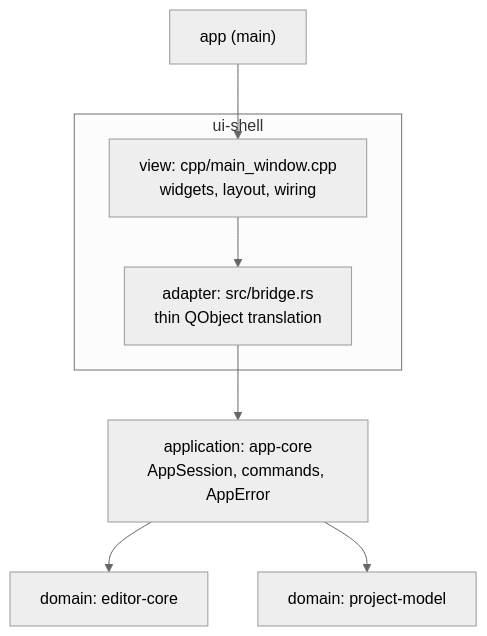
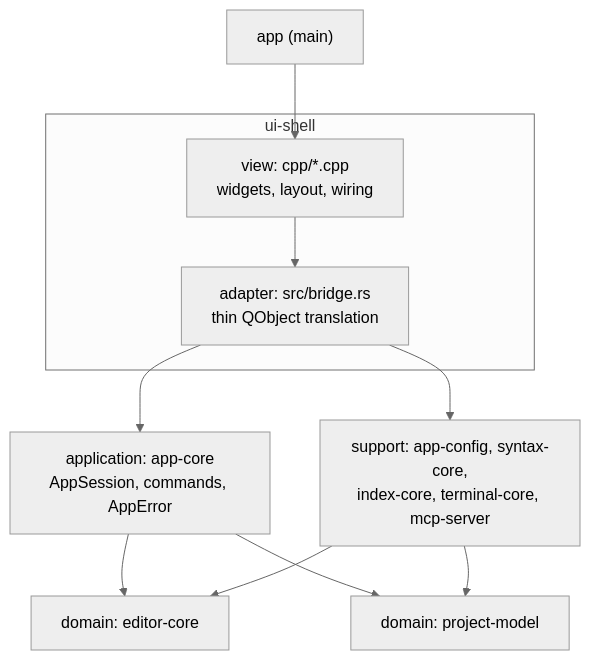
One commit to floriankraemer/ide changed the diagram in docs/architecture/overview.md. Above: the diagram before and after it, drawn with Mermaid (neutral theme). The commit also changed other lines of this file and 7 other files, not shown here.

````diff
--- a/docs/architecture/overview.md
+++ b/docs/architecture/overview.md
@@ -25,10 +28,13 @@
 ```mermaid
 graph TB
     app["app (main)"] --> view
     subgraph uishell["ui-shell"]
-        view["view: cpp/main_window.cpp<br/>widgets, layout, wiring"] --> adapter["adapter: src/bridge.rs<br/>thin QObject translation"]
+        view["view: cpp/*.cpp<br/>widgets, layout, wiring"] --> adapter["adapter: src/bridge.rs<br/>thin QObject translation"]
     end
     adapter --> appcore["application: app-core<br/>AppSession, commands, AppError"]
+    adapter --> support["support: app-config, syntax-core,<br/>index-core, terminal-core, mcp-server"]
     appcore --> editorcore["domain: editor-core"]
     appcore --> projectmodel["domain: project-model"]
+    support --> editorcore
+    support --> projectmodel
 ```
````
